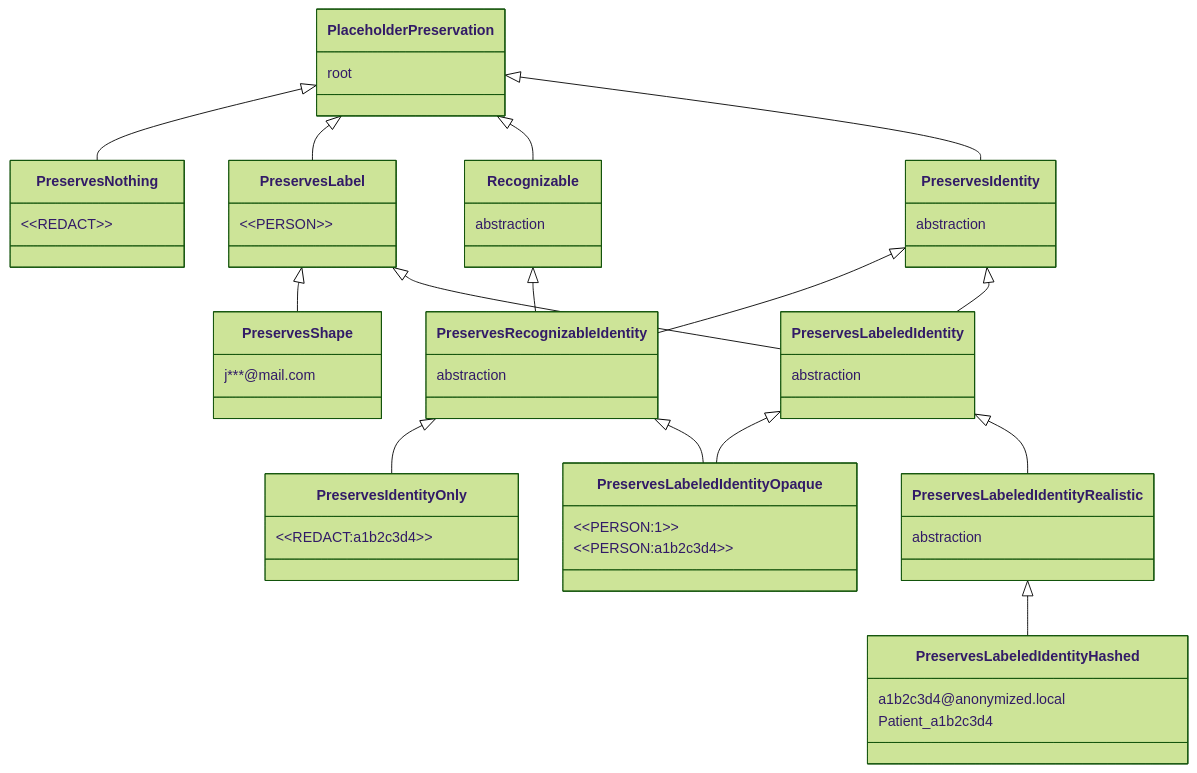
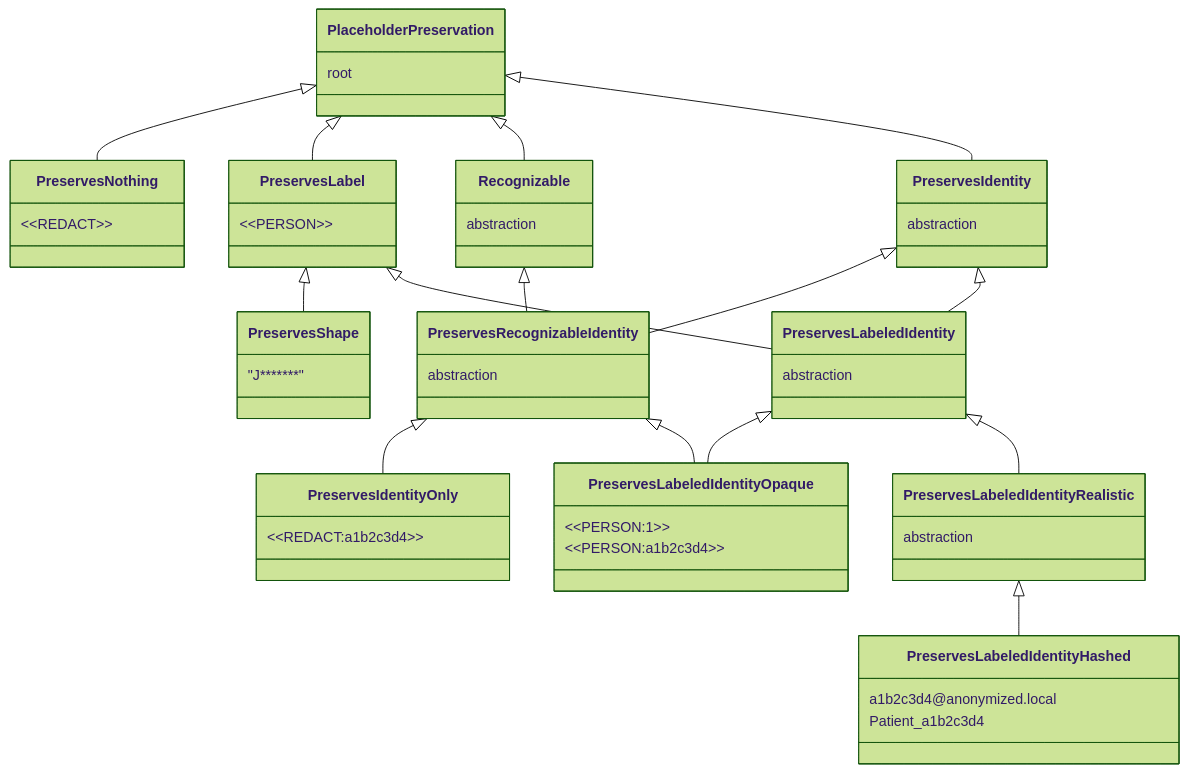
One commit to Athroniaeth/piighost changed the diagram in docs/en/placeholder-factories.md. Above: the diagram before and after it, drawn with Mermaid (forest theme). The commit also changed other lines of this file and 139 other files, not shown here.

````diff
--- a/docs/en/placeholder-factories.md
+++ b/docs/en/placeholder-factories.md
@@ -187,56 +187,56 @@
 ```mermaid
 classDiagram
     class PlaceholderPreservation {
         root
     }
     class PreservesNothing {
         &lt;&lt;REDACT&gt;&gt;
     }
     class PreservesLabel {
         &lt;&lt;PERSON&gt;&gt;
     }
     class PreservesShape {
-        j***@mail.com
+        "J*******"
     }
     class Recognizable {
         abstraction
     }
     class PreservesIdentity {
         abstraction
     }
     class PreservesRecognizableIdentity {
         abstraction
     }
     class PreservesIdentityOnly {
         &lt;&lt;REDACT:a1b2c3d4&gt;&gt;
     }
     class PreservesLabeledIdentity {
         abstraction
     }
     class PreservesLabeledIdentityOpaque {
         &lt;&lt;PERSON:1&gt;&gt;
         &lt;&lt;PERSON:a1b2c3d4&gt;&gt;
     }
     class PreservesLabeledIdentityRealistic {
         abstraction
     }
     class PreservesLabeledIdentityHashed {
         a1b2c3d4@anonymized.local
         Patient_a1b2c3d4
     }
 
     PlaceholderPreservation <|-- PreservesNothing
     PlaceholderPreservation <|-- PreservesLabel
     PlaceholderPreservation <|-- Recognizable
     PlaceholderPreservation <|-- PreservesIdentity
     PreservesLabel <|-- PreservesShape
     PreservesIdentity <|-- PreservesRecognizableIdentity
     Recognizable <|-- PreservesRecognizableIdentity
     PreservesRecognizableIdentity <|-- PreservesIdentityOnly
     PreservesLabel <|-- PreservesLabeledIdentity
     PreservesIdentity <|-- PreservesLabeledIdentity
     PreservesLabeledIdentity <|-- PreservesLabeledIdentityOpaque
     PreservesRecognizableIdentity <|-- PreservesLabeledIdentityOpaque
     PreservesLabeledIdentity <|-- PreservesLabeledIdentityRealistic
     PreservesLabeledIdentityRealistic <|-- PreservesLabeledIdentityHashed
 ```
````
